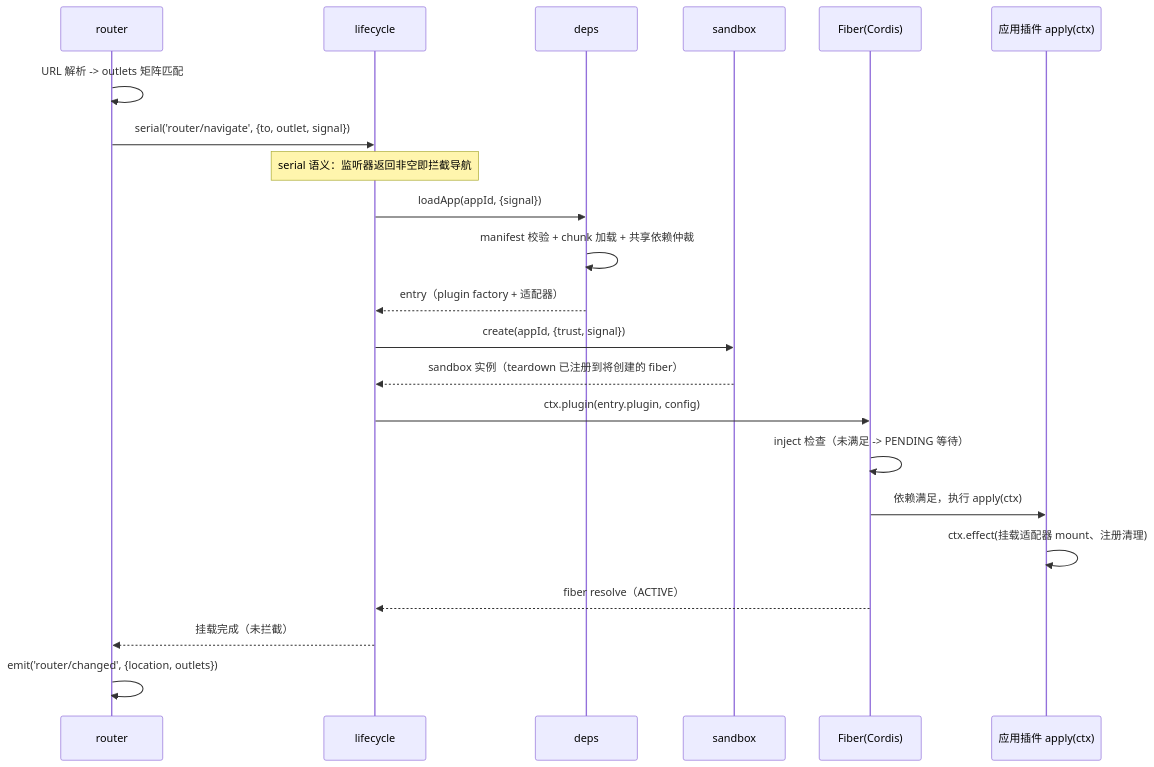
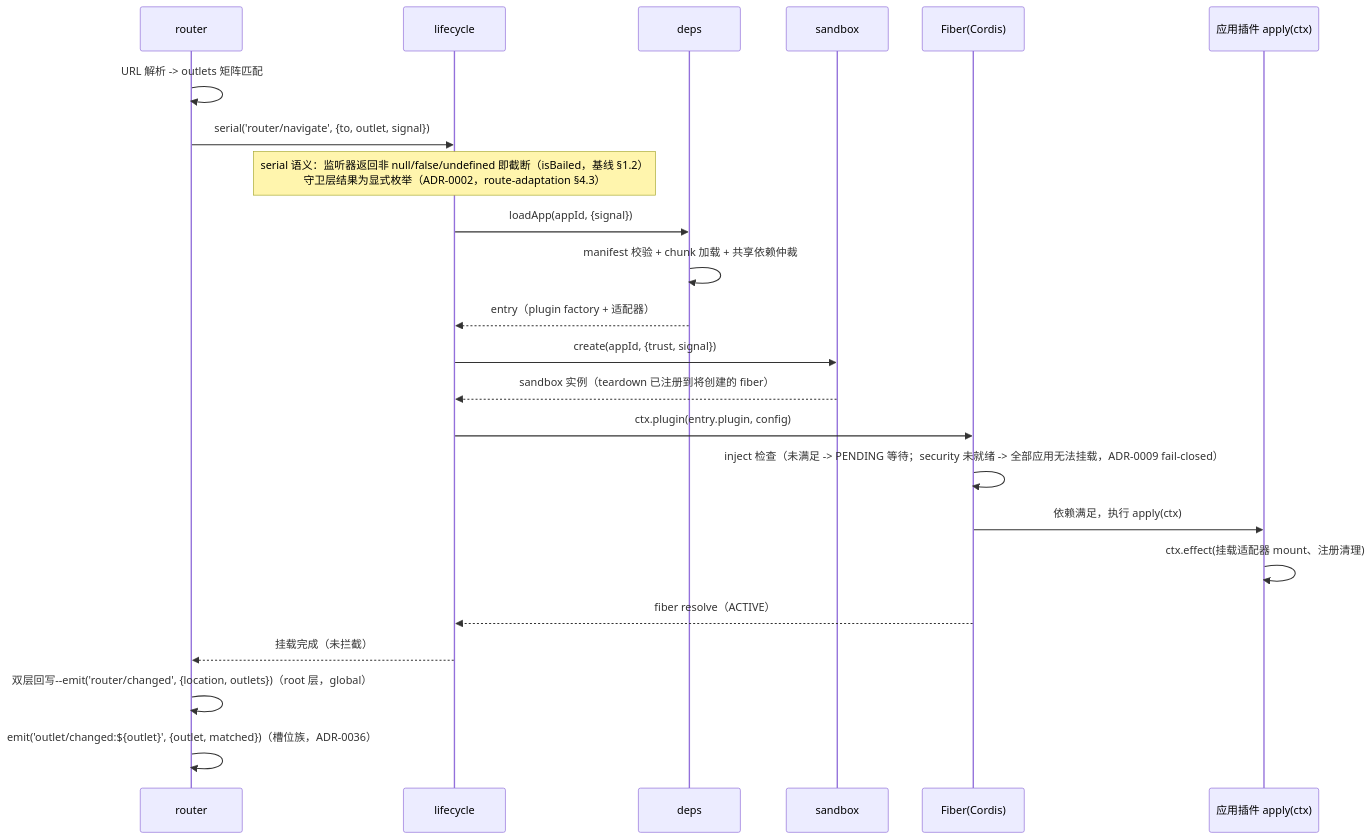
The second of 6 diagrams in module-interaction.md (YvYuYv/taixu), drawn with Mermaid before and after one commit. The commit also changed other lines of this file and 70 other files, not shown here.

````diff
--- a/module-interaction.md
+++ b/module-interaction.md
@@ -52,25 +55,26 @@
 ```mermaid
 sequenceDiagram
     participant R as router
     participant L as lifecycle
     participant D as deps
     participant S as sandbox
     participant F as Fiber(Cordis)
     participant App as 应用插件 apply(ctx)
 
     R->>R: URL 解析 -> outlets 矩阵匹配
     R->>L: serial('router/navigate', {to, outlet, signal})
-    Note over L: serial 语义：监听器返回非空即拦截导航
+    Note over L: serial 语义：监听器返回非 null/false/undefined 即截断（isBailed，基线 §1.2）<br/>守卫层结果为显式枚举（ADR-0002，route-adaptation §4.3）
     L->>D: loadApp(appId, {signal})
     D->>D: manifest 校验 + chunk 加载 + 共享依赖仲裁
     D-->>L: entry（plugin factory + 适配器）
     L->>S: create(appId, {trust, signal})
     S-->>L: sandbox 实例（teardown 已注册到将创建的 fiber）
     L->>F: ctx.plugin(entry.plugin, config)
-    F->>F: inject 检查（未满足 -> PENDING 等待）
+    F->>F: inject 检查（未满足 -> PENDING 等待；security 未就绪 -> 全部应用无法挂载，ADR-0009 fail-closed）
     F->>App: 依赖满足，执行 apply(ctx)
     App->>App: ctx.effect(挂载适配器 mount、注册清理)
     F-->>L: fiber resolve（ACTIVE）
     L-->>R: 挂载完成（未拦截）
-    R->>R: emit('router/changed', {location, outlets})
+    R->>R: 双层回写--emit('router/changed', {location, outlets})（root 层，global）
+    R->>R: emit('outlet/changed:${outlet}', {outlet, matched})（槽位族，ADR-0036）
 ```
````
